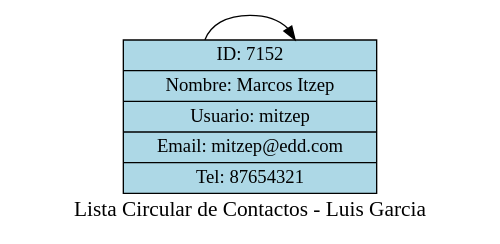
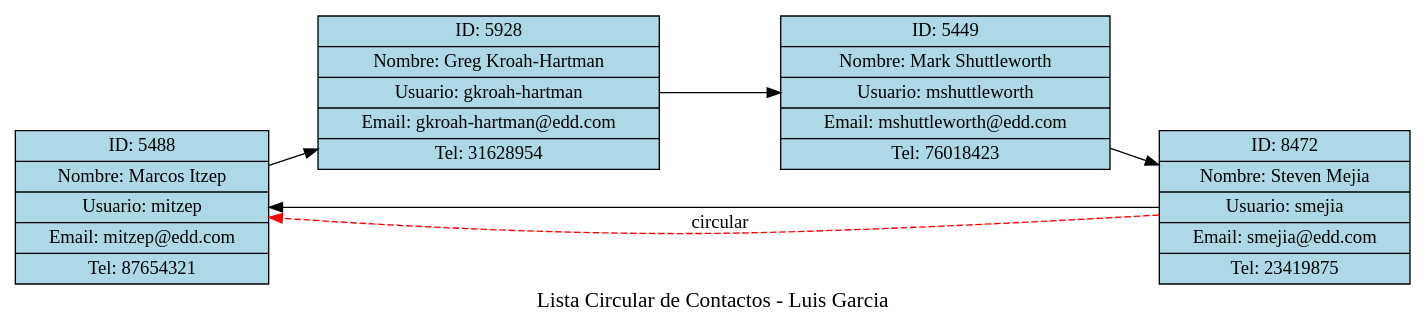
Before and after one commit to JoseArt777/-EDD-1S2025_202100305: the diagram in Fase1/src/lgarcia-Reportes/contactos_lgarcia.dot, drawn with Graphviz. The commit also changed 17 other files, not shown here.

```diff
--- a/Fase1/src/lgarcia-Reportes/contactos_lgarcia.dot
+++ b/Fase1/src/lgarcia-Reportes/contactos_lgarcia.dot
@@ -1,9 +1,16 @@
 digraph G {
     label="Lista Circular de Contactos - Luis Garcia";
     fontsize=16;
     rankdir=LR;
     node [shape=record, style=filled, fillcolor=lightblue];
-    contact_mitzep_at_edd_com [label="ID: 7152|Nombre: Marcos Itzep|Usuario: mitzep|Email: mitzep@edd.com|Tel: 87654321"];
-    contact_mitzep_at_edd_com -> contact_mitzep_at_edd_com;
+    contact_mitzep_at_edd_com [label="ID: 5488|Nombre: Marcos Itzep|Usuario: mitzep|Email: mitzep@edd.com|Tel: 87654321"];
+    contact_gkroah_hartman_at_edd_com [label="ID: 5928|Nombre: Greg Kroah-Hartman|Usuario: gkroah-hartman|Email: gkroah-hartman@edd.com|Tel: 31628954"];
+    contact_mshuttleworth_at_edd_com [label="ID: 5449|Nombre: Mark Shuttleworth|Usuario: mshuttleworth|Email: mshuttleworth@edd.com|Tel: 76018423"];
+    contact_smejia_at_edd_com [label="ID: 8472|Nombre: Steven Mejia|Usuario: smejia|Email: smejia@edd.com|Tel: 23419875"];
+    contact_mitzep_at_edd_com -> contact_gkroah_hartman_at_edd_com;
+    contact_gkroah_hartman_at_edd_com -> contact_mshuttleworth_at_edd_com;
+    contact_mshuttleworth_at_edd_com -> contact_smejia_at_edd_com;
+    contact_smejia_at_edd_com -> contact_mitzep_at_edd_com;
     edge [color=red, style=dashed];
+    contact_smejia_at_edd_com -> contact_mitzep_at_edd_com [label="circular"];
 }
```
